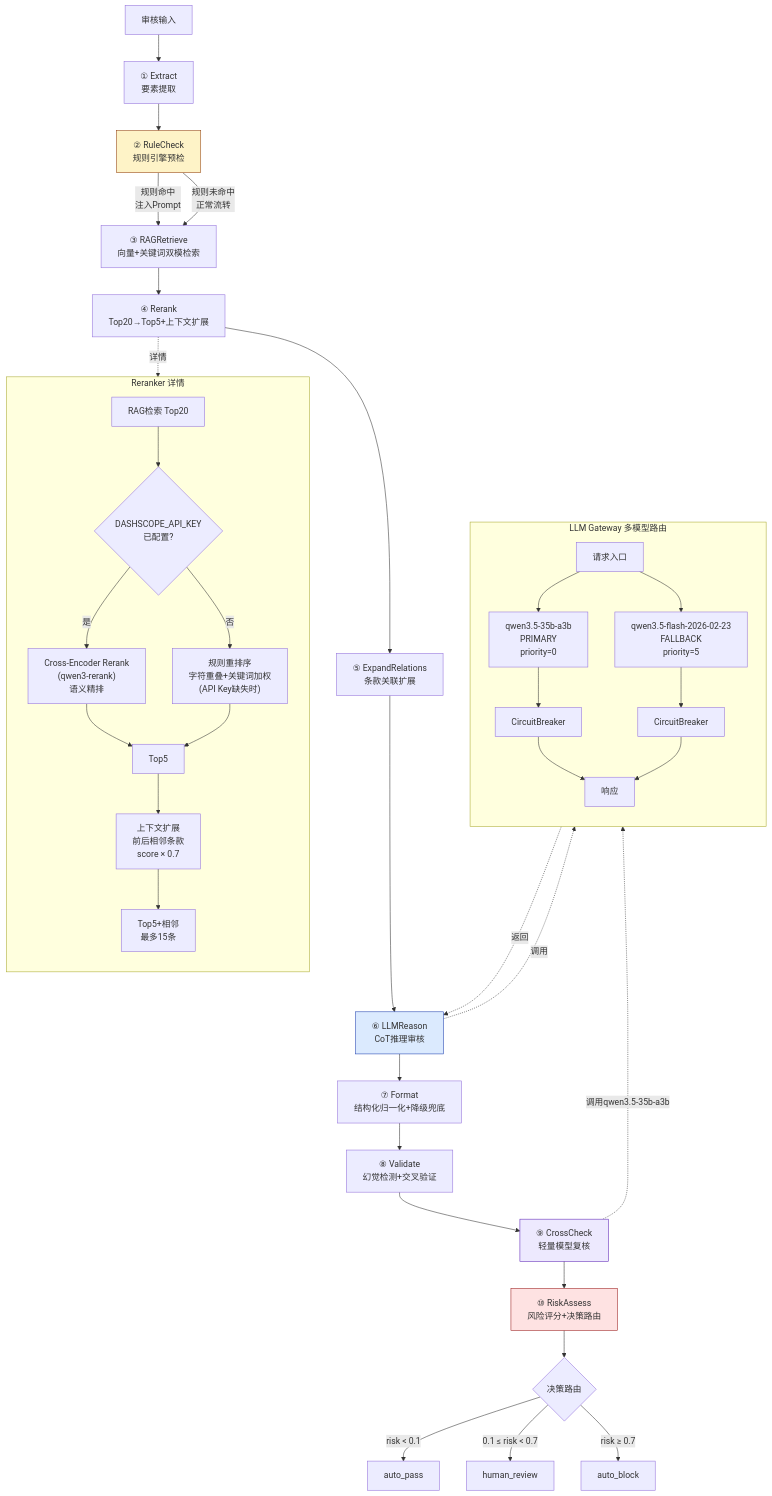
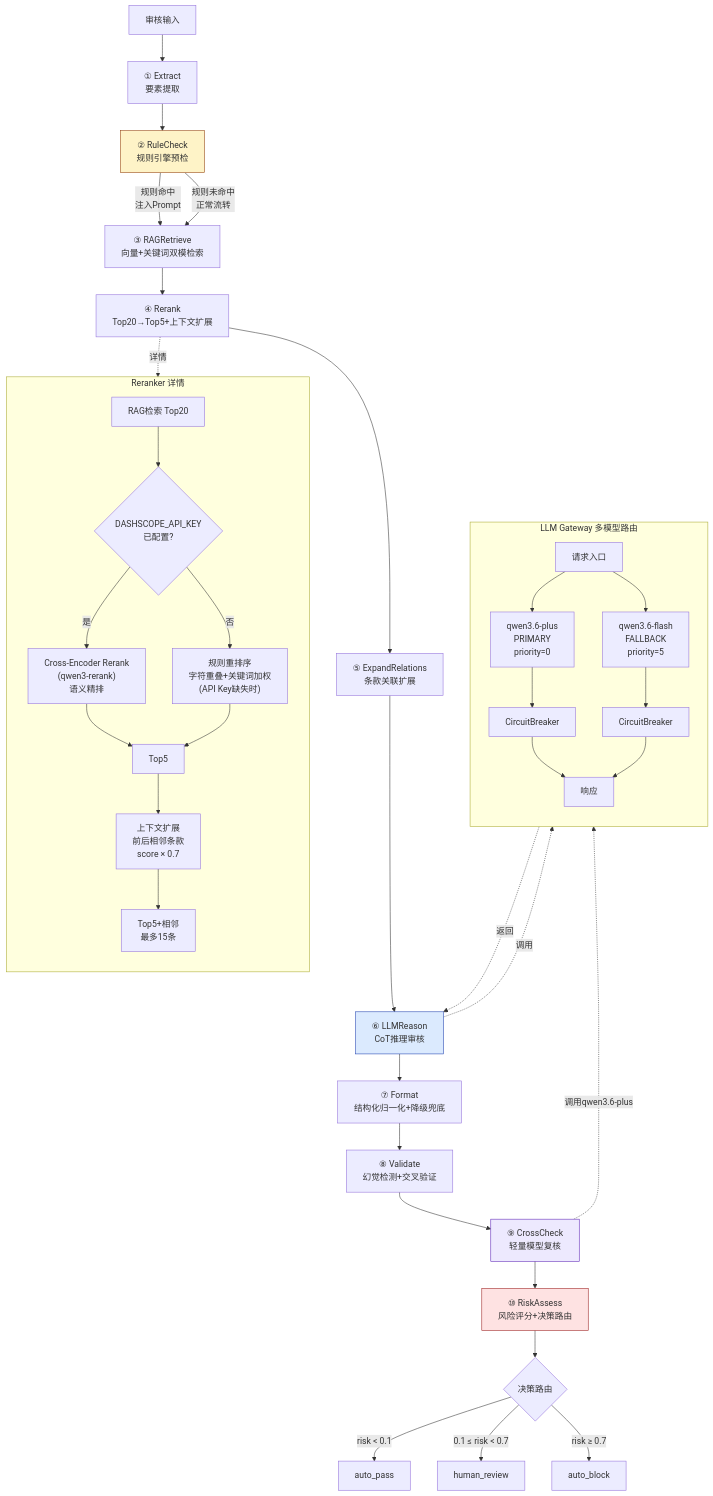
The fifth of 14 diagrams in docs/archive/architecture-overview.md (elaine2233/AI-Agent-RAG-for-complaince), drawn with Mermaid before and after one commit. The commit also changed other lines of this file and 9 other files, not shown here.

````diff
--- a/docs/archive/architecture-overview.md
+++ b/docs/archive/architecture-overview.md
@@ -227,58 +227,58 @@
 ```mermaid
 flowchart TB
     INPUT["审核输入"] --> EXTRACT["① Extract<br/>要素提取"]
     EXTRACT --> RULE_CHK["② RuleCheck<br/>规则引擎预检"]
 
     RULE_CHK -->|"规则命中<br/>注入Prompt"| RAG_RET
     RULE_CHK -->|"规则未命中<br/>正常流转"| RAG_RET
 
     RAG_RET["③ RAGRetrieve<br/>向量+关键词双模检索"] --> RERANK["④ Rerank<br/>Top20→Top5+上下文扩展"]
     RERANK --> EXPAND_REL["⑤ ExpandRelations<br/>条款关联扩展"]
     EXPAND_REL --> LLM_REASON["⑥ LLMReason<br/>CoT推理审核"]
 
     subgraph LLM_GW["LLM Gateway 多模型路由"]
         direction TB
         GW_ENTRY["请求入口"]
-        GW_ENTRY --> P1["qwen3.5-35b-a3b<br/>PRIMARY<br/>priority=0"]
-        GW_ENTRY --> P2["qwen3.5-flash-2026-02-23<br/>FALLBACK<br/>priority=5"]
+        GW_ENTRY --> P1["qwen3.6-plus<br/>PRIMARY<br/>priority=0"]
+        GW_ENTRY --> P2["qwen3.6-flash<br/>FALLBACK<br/>priority=5"]
         P1 --> CB1["CircuitBreaker"]
         P2 --> CB2["CircuitBreaker"]
         CB1 --> GW_EXIT["响应"]
         CB2 --> GW_EXIT
     end
 
     LLM_REASON -.->|"调用"| LLM_GW
     LLM_GW -.->|"返回"| LLM_REASON
 
     LLM_REASON --> FORMAT["⑦ Format<br/>结构化归一化+降级兜底"]
     FORMAT --> VALIDATE["⑧ Validate<br/>幻觉检测+交叉验证"]
     VALIDATE --> CROSS_CHK["⑨ CrossCheck<br/>轻量模型复核"]
     CROSS_CHK --> RISK_ASSESS["⑩ RiskAssess<br/>风险评分+决策路由"]
 
-    CROSS_CHK -.->|"调用qwen3.5-35b-a3b"| LLM_GW
+    CROSS_CHK -.->|"调用qwen3.6-plus"| LLM_GW
 
     RISK_ASSESS --> DECISION{"决策路由"}
     DECISION -->|"risk < 0.1"| AUTO_PASS["auto_pass"]
     DECISION -->|"0.1 ≤ risk < 0.7"| HUMAN_REVIEW["human_review"]
     DECISION -->|"risk ≥ 0.7"| AUTO_BLOCK["auto_block"]
 
     subgraph RERANK_DETAIL["Reranker 详情"]
         direction TB
         RAG_TOP20["RAG检索 Top20"]
         API_RERANK{"DASHSCOPE_API_KEY<br/>已配置?"}
         RAG_TOP20 --> API_RERANK
         API_RERANK -->|"是"| CE_RERANK["Cross-Encoder Rerank<br/>(qwen3-rerank)<br/>语义精排"]
         API_RERANK -->|"否"| RULE_RERANK["规则重排序<br/>字符重叠+关键词加权<br/>(API Key缺失时)"]
         CE_RERANK --> TOP5["Top5"]
         RULE_RERANK --> TOP5
         TOP5 --> CTX_EXPAND["上下文扩展<br/>前后相邻条款<br/>score × 0.7"]
         CTX_EXPAND --> FINAL["Top5+相邻<br/>最多15条"]
     end
 
     RERANK -.->|"详情"| RERANK_DETAIL
 
     style RULE_CHK fill:#fef3c7,stroke:#92400e
     style LLM_REASON fill:#dbeafe,stroke:#1e40af
     style CROSS_CHK fill:#ede9fe,stroke:#5b21b6
     style RISK_ASSESS fill:#fee2e2,stroke:#991b1b
 ```
````
